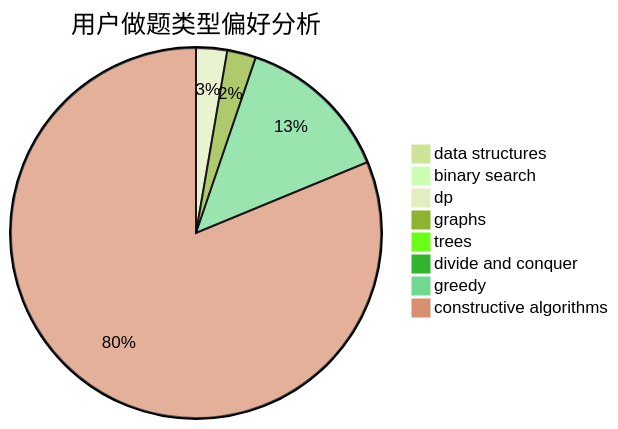
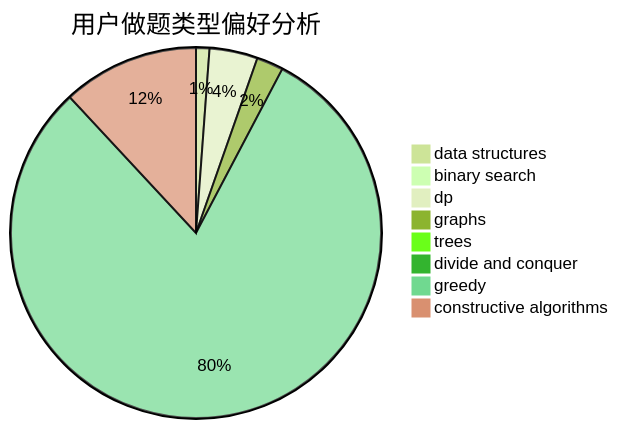
Before and after one commit to sherpahu/cfrs.github.io: the second of 3 diagrams in docs/user/u674.md, drawn with Mermaid (forest theme). The commit also changed other lines of this file and 2770 other files, not shown here.

````diff
--- a/docs/user/u674.md
+++ b/docs/user/u674.md
@@ -23,11 +23,11 @@
 ```mermaid
 pie title 用户做题类型偏好分析
-    "data structures" :  1
+    "data structures" :  5
     "binary search" :  0
-    "dp" :  14
-    "graphs" :  13
-    "trees" :  2
-    "divide and conquer" :  2
-    "greedy" :  70
-    "constructive algorithms" :  420
+    "dp" :  18
+    "graphs" :  10
+    "trees" :  0
+    "divide and conquer" :  0
+    "greedy" :  344
+    "constructive algorithms" :  51
 ```
````
